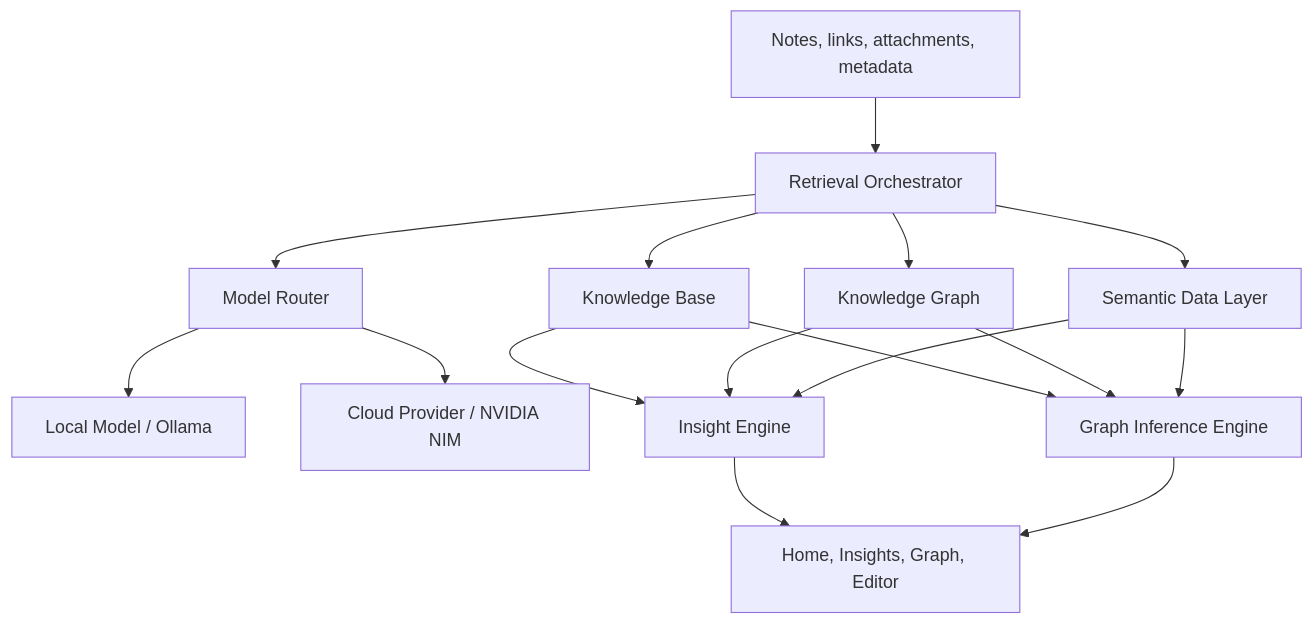
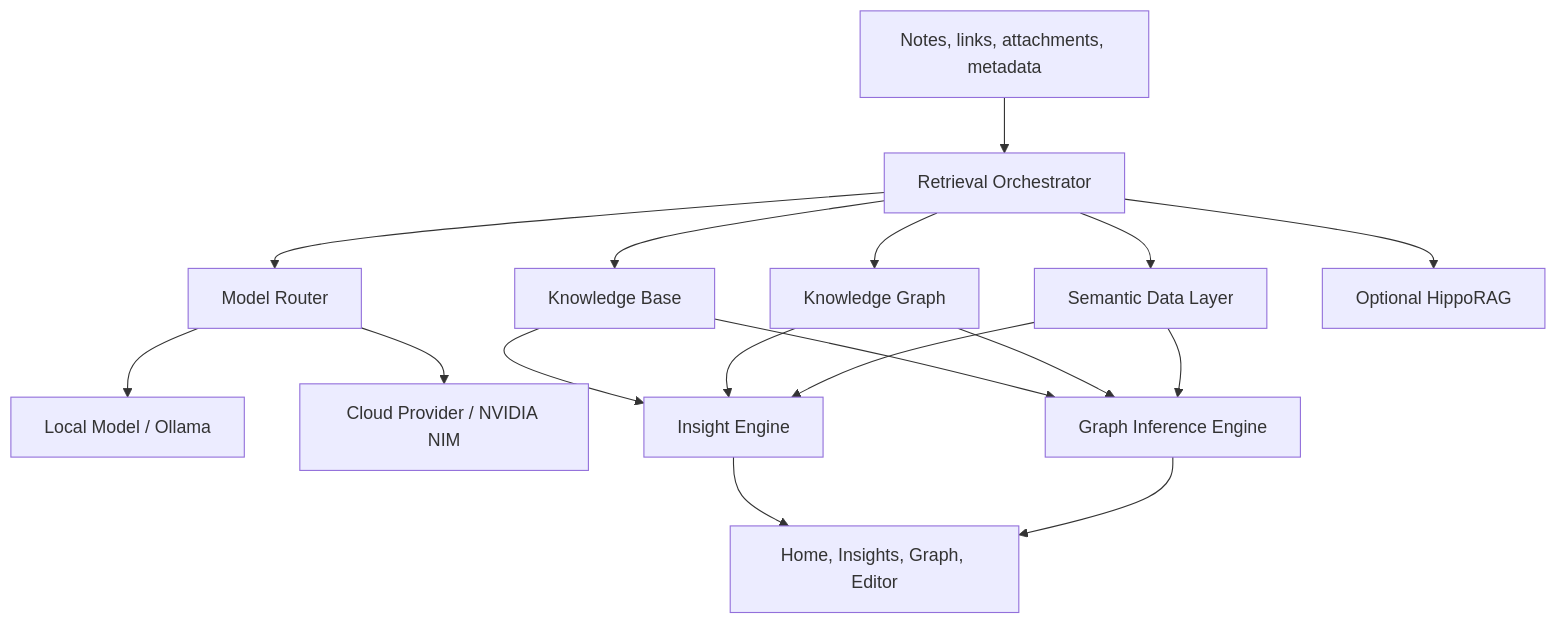
One commit to imsouza/berrybrain changed the third of 6 diagrams in README.md. Above: the diagram before and after it, drawn with Mermaid. The commit also changed other lines of this file and 88 other files, not shown here.

````diff
--- a/README.md
+++ b/README.md
@@ -189,18 +195,19 @@
 ```mermaid
 flowchart TB
   Input[Notes, links, attachments, metadata] --> Orchestrator[Retrieval Orchestrator]
   Orchestrator --> KB[Knowledge Base]
   Orchestrator --> KG[Knowledge Graph]
   Orchestrator --> SDL[Semantic Data Layer]
   Orchestrator --> Router[Model Router]
+  Orchestrator --> Hippo[Optional HippoRAG]
   Router --> Local[Local Model / Ollama]
   Router --> Cloud[Cloud Provider / NVIDIA NIM]
   KB --> Insight[Insight Engine]
   KG --> Insight
   SDL --> Insight
   KB --> Infer[Graph Inference Engine]
   KG --> Infer
   SDL --> Infer
   Insight --> UI[Home, Insights, Graph, Editor]
   Infer --> UI
 ```
````
